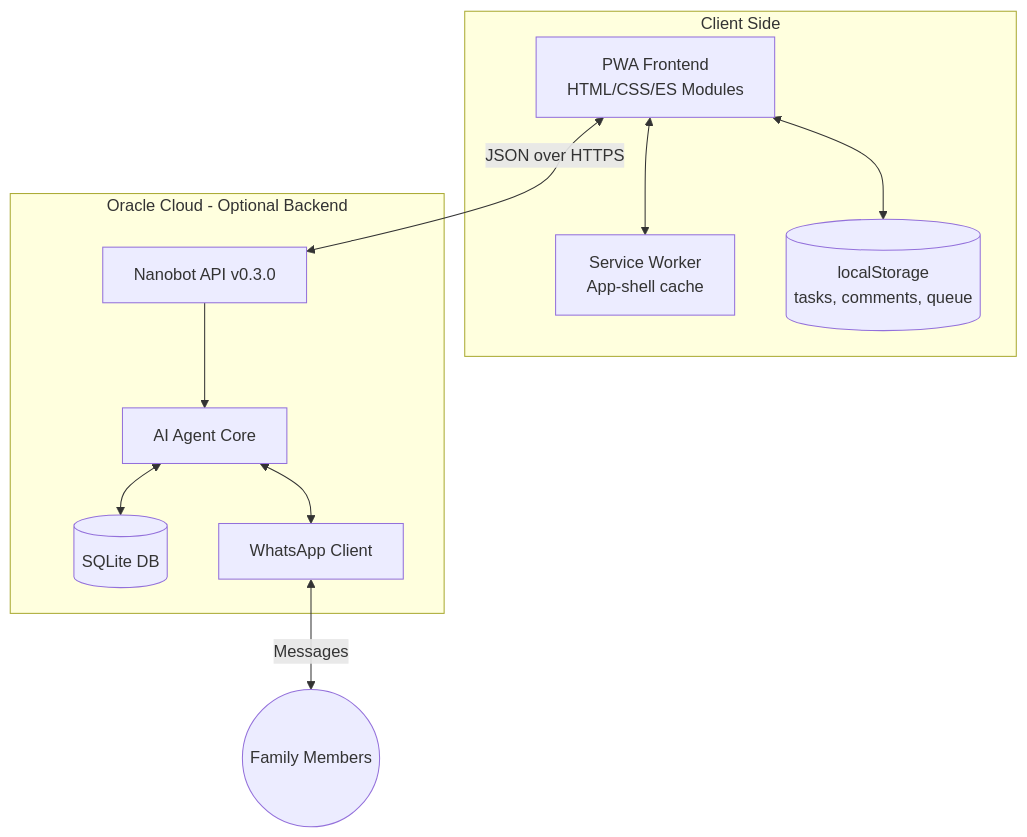
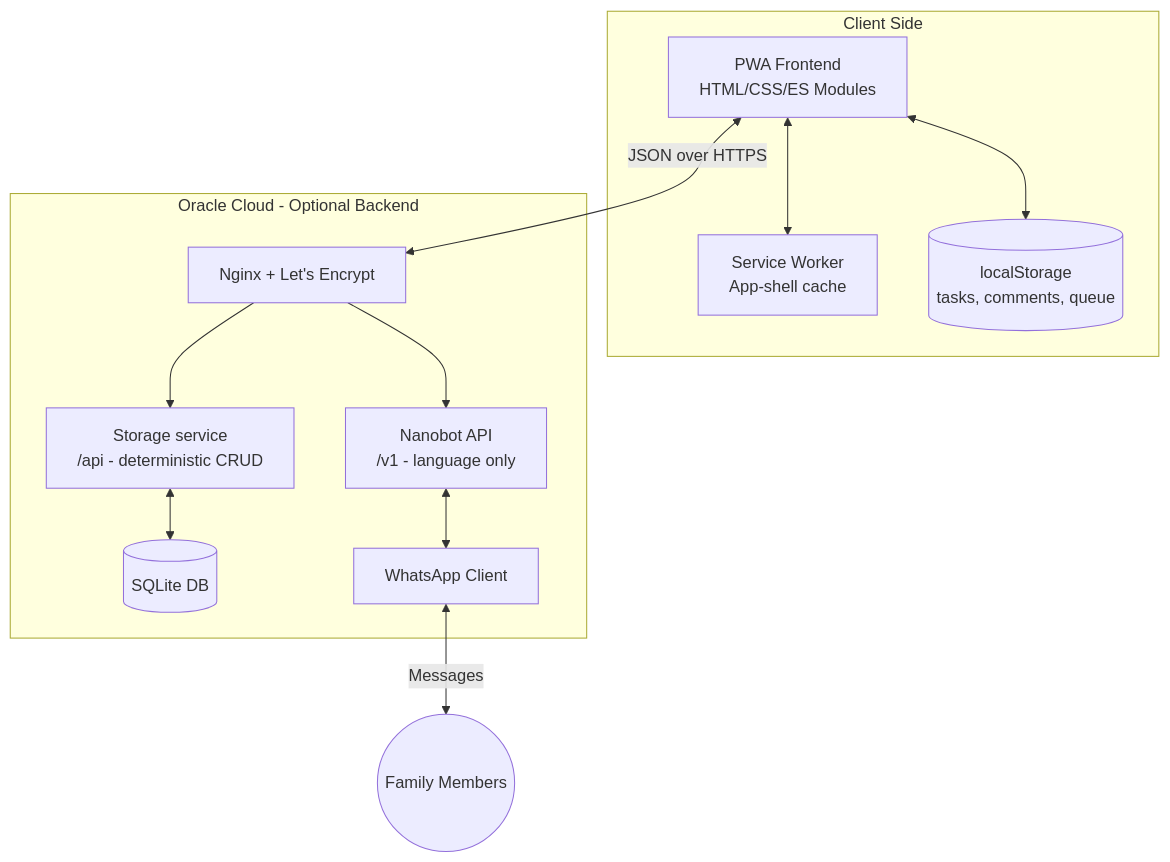
Before and after one commit to mightybearil/family-app: the first of 2 diagrams in FAMILY_APP.md, drawn with Mermaid. The commit also changed other lines of this file, not shown here.

````diff
--- a/FAMILY_APP.md
+++ b/FAMILY_APP.md
@@ -10,25 +10,27 @@
 ```mermaid
 flowchart TD
     subgraph Client [Client Side]
         PWA[PWA Frontend<br/>HTML/CSS/ES Modules]
         SW[Service Worker<br/>App-shell cache]
         LocalDB[(localStorage<br/>tasks, comments, queue)]
 
         PWA <--> SW
         PWA <--> LocalDB
     end
 
     subgraph Server [Oracle Cloud - Optional Backend]
-        API[Nanobot API v0.3.0]
-        Agent[AI Agent Core]
+        NGINX[Nginx + Let's Encrypt]
+        STORE[Storage service<br/>/api - deterministic CRUD]
+        API[Nanobot API<br/>/v1 - language only]
         DB[(SQLite DB)]
         WA[WhatsApp Client]
 
-        API --> Agent
-        Agent <--> DB
-        Agent <--> WA
+        NGINX --> STORE
+        NGINX --> API
+        STORE <--> DB
+        API <--> WA
     end
 
-    PWA <-->|JSON over HTTPS| API
+    PWA <-->|JSON over HTTPS| NGINX
     WA <-->|Messages| Users((Family Members))
 ```
````
